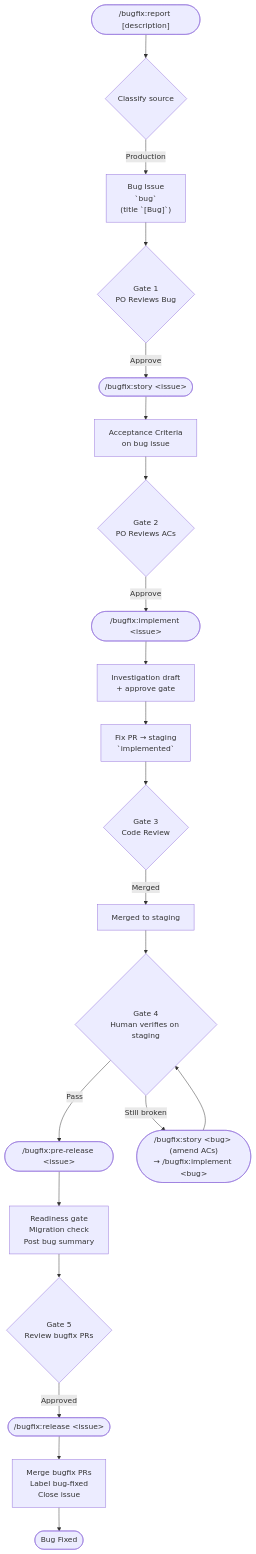
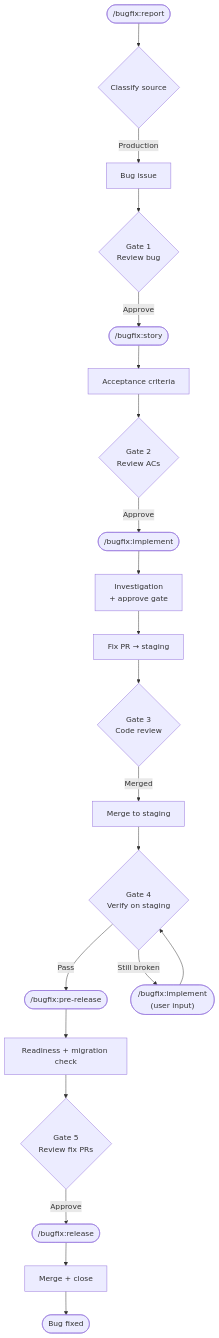
One commit to simpscal/sapiens-dtj changed the third of 6 diagrams in README.md. Above: the diagram before and after it, drawn with Mermaid. The commit also changed other lines of this file and 46 other files, not shown here.

Commit message:
refactor(workflow): add Migration Plan, make migrations stack-agnostic (source 6571fea) (#2)

````diff
--- a/README.md
+++ b/README.md
@@ -197,23 +145,23 @@
 ```mermaid
 flowchart TD
-    A(["/bugfix:report [description]"]) --> CLS{"Classify source"}
-    CLS -->|Production| B["Bug Issue\n`bug`\n(title `[Bug]`)"]
-    B --> G1{Gate 1\nPO Reviews Bug}
-    G1 -->|Approve| C(["/bugfix:story &lt;issue&gt;"])
-    C --> D["Acceptance Criteria\non bug issue"]
-    D --> G2{Gate 2\nPO Reviews ACs}
-    G2 -->|Approve| H(["/bugfix:implement &lt;issue&gt;"])
-    H --> INV["Investigation draft\n+ approve gate"]
-    INV --> I["Fix PR → staging\n`implemented`"]
-    I --> G3{Gate 3\nCode Review}
-    G3 -->|Merged| I2["Merged to staging"]
-    I2 --> G4{Gate 4\nHuman verifies on staging}
-    G4 -->|Pass| PRE(["/bugfix:pre-release &lt;issue&gt;"])
-    PRE --> PRE1["Readiness gate\nMigration check\nPost bug summary"]
-    PRE1 --> G5{Gate 5\nReview bugfix PRs}
-    G5 -->|Approved| J(["/bugfix:release &lt;issue&gt;"])
-    J --> J1["Merge bugfix PRs\nLabel bug-fixed\nClose issue"]
-    J1 --> K([Bug Fixed])
-    G4 -->|Still broken| FIX(["/bugfix:story &lt;bug&gt; (amend ACs)\n→ /bugfix:implement &lt;bug&gt;"])
+    A(["/bugfix:report"]) --> CLS{Classify source}
+    CLS -->|Production| B["Bug issue"]
+    B --> G1{Gate 1\nReview bug}
+    G1 -->|Approve| C(["/bugfix:story"])
+    C --> D["Acceptance criteria"]
+    D --> G2{Gate 2\nReview ACs}
+    G2 -->|Approve| H(["/bugfix:implement"])
+    H --> INV["Investigation\n+ approve gate"]
+    INV --> I["Fix PR → staging"]
+    I --> G3{Gate 3\nCode review}
+    G3 -->|Merged| I2["Merge to staging"]
+    I2 --> G4{Gate 4\nVerify on staging}
+    G4 -->|Pass| PRE(["/bugfix:pre-release"])
+    PRE --> PRE1["Readiness + migration check"]
+    PRE1 --> G5{Gate 5\nReview fix PRs}
+    G5 -->|Approve| J(["/bugfix:release"])
+    J --> J1["Merge + close"]
+    J1 --> K([Bug fixed])
+    G4 -->|Still broken| FIX(["/bugfix:implement\n(user input)"])
     FIX --> G4
 ```
````
